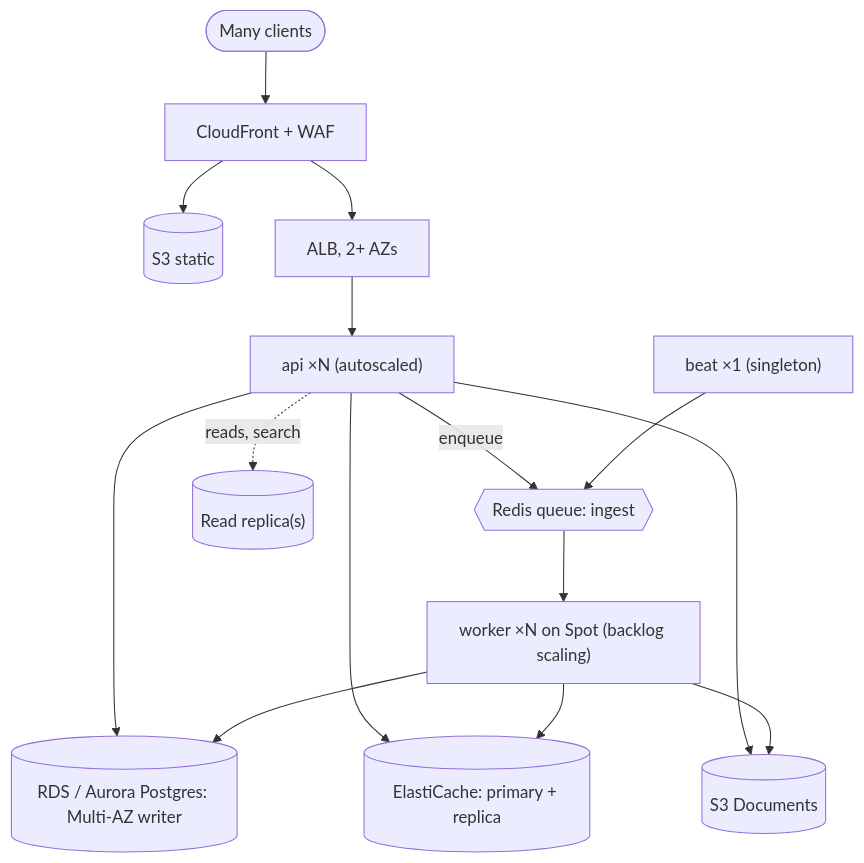
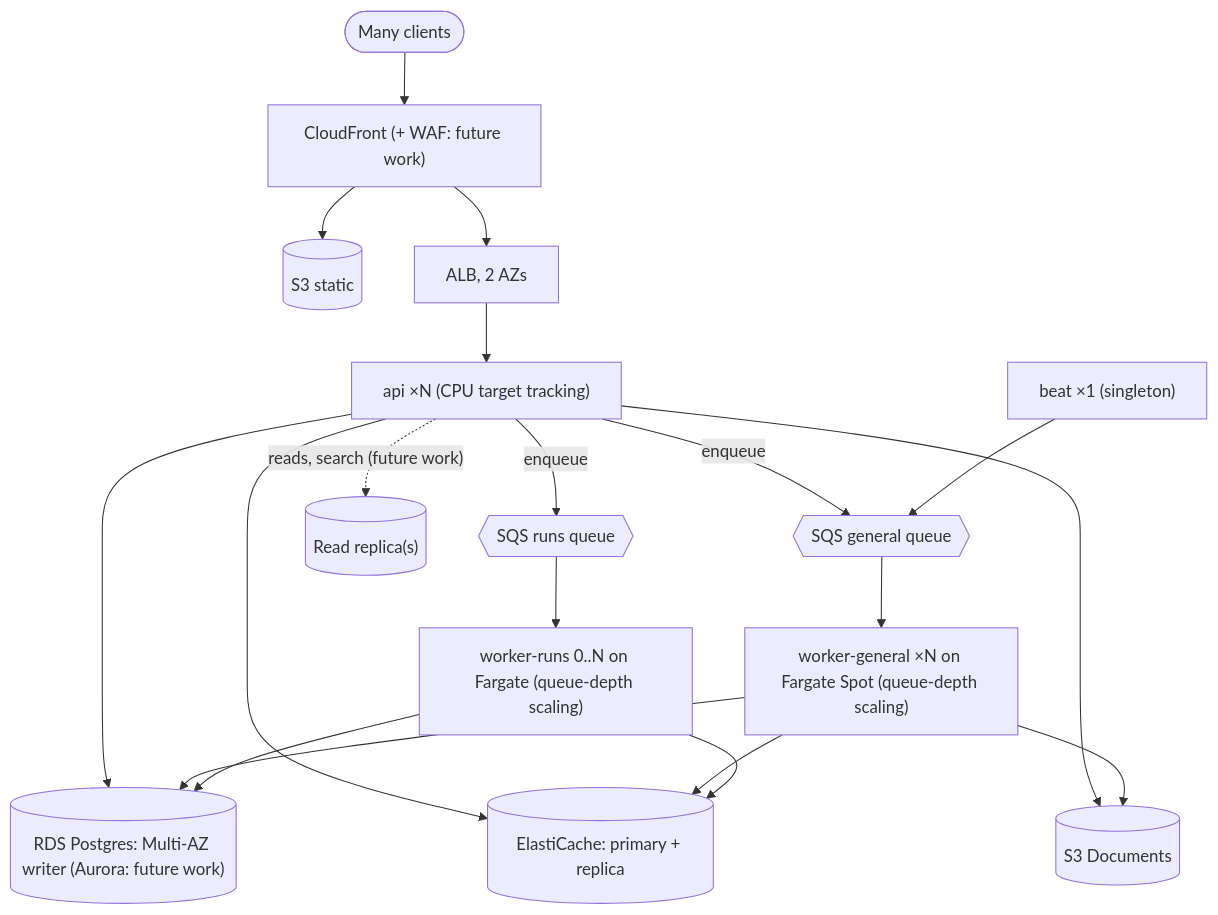
The fourth of 5 diagrams in docs/infra-simplification.md (EarthlingOllie/rag-agent-studio), drawn with Mermaid before and after one commit. The commit also changed other lines of this file and 6 other files, not shown here.

First line of the commit message:
22-08: docs and cost for SQS, two worker pools and autoscaling

````diff
--- a/docs/infra-simplification.md
+++ b/docs/infra-simplification.md
@@ -151,15 +152,16 @@
 ```mermaid
 flowchart TB
-  user(["Many clients"]) --> cf["CloudFront + WAF"]
+  user(["Many clients"]) --> cf["CloudFront (+ WAF: future work)"]
   cf --> static[("S3 static")]
-  cf --> alb["ALB, 2+ AZs"]
-  alb --> api1["api ×N (autoscaled)"]
+  cf --> alb["ALB, 2 AZs"]
+  alb --> api1["api ×N (CPU target tracking)"]
   redis[("ElastiCache: primary + replica")]
-  q{{"Redis queue: ingest"}} --> w1["worker ×N on Spot (backlog scaling)"]
-  api1 -- enqueue --> q
-  beat["beat ×1 (singleton)"] --> q
-  api1 & w1 --> rds[("RDS / Aurora Postgres: Multi-AZ writer")]
-  api1 -. "reads, search" .-> rr[("Read replica(s)")]
-  api1 & w1 --> redis
-  api1 & w1 --> docs[("S3 Documents")]
+  api1 -- "enqueue" --> qg{{"SQS general queue"}} & qr{{"SQS runs queue"}}
+  beat["beat ×1 (singleton)"] --> qg
+  qg --> wg["worker-general ×N on Fargate Spot (queue-depth scaling)"]
+  qr --> wr["worker-runs 0..N on Fargate (queue-depth scaling)"]
+  api1 & wg & wr --> rds[("RDS Postgres: Multi-AZ writer (Aurora: future work)")]
+  api1 -. "reads, search (future work)" .-> rr[("Read replica(s)")]
+  api1 & wg & wr --> redis
+  api1 & wg --> docs[("S3 Documents")]
 ```
````
